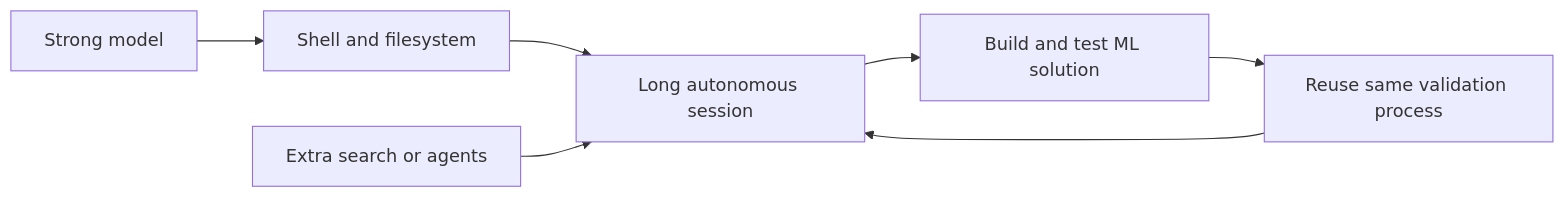
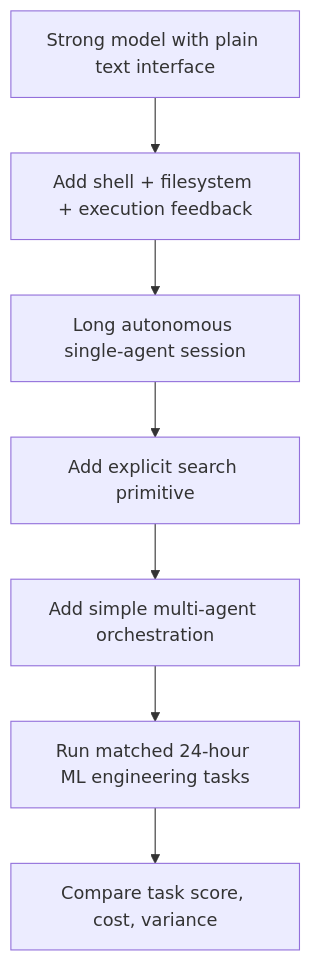
The diagram in _analyses/2609.40303.md (ShadowKingYT444/harness-papers-daily), drawn with Mermaid before and after one commit. The commit also changed other lines of this file and 37 other files, not shown here.

````diff
--- a/_analyses/2609.40303.md
+++ b/_analyses/2609.40303.md
@@ -21,9 +48,9 @@
-```mermaid
-flowchart LR
-    A[Strong model] --> B[Shell and filesystem]
-    B --> C[Long autonomous session]
-    C --> D[Build and test ML solution]
-    D --> E[Reuse same validation process]
-    E --> C
-    F[Extra search or agents] --> C
-```
+~~~mermaid
+flowchart TD
+    A["Strong model with plain text interface"] --> B["Add shell + filesystem + execution feedback"]
+    B --> C["Long autonomous single-agent session"]
+    C --> D["Add explicit search primitive"]
+    D --> E["Add simple multi-agent orchestration"]
+    E --> F["Run matched 24-hour ML engineering tasks"]
+    F --> G["Compare task score, cost, variance"]
+~~~
````
